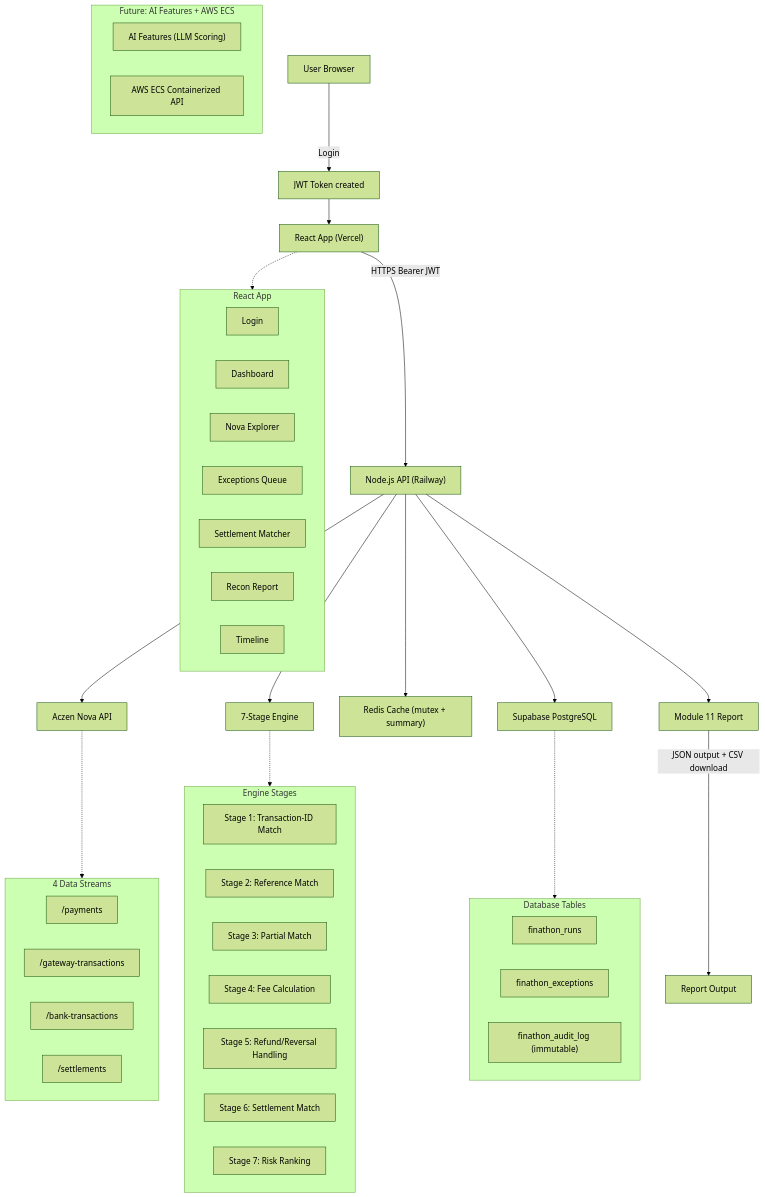
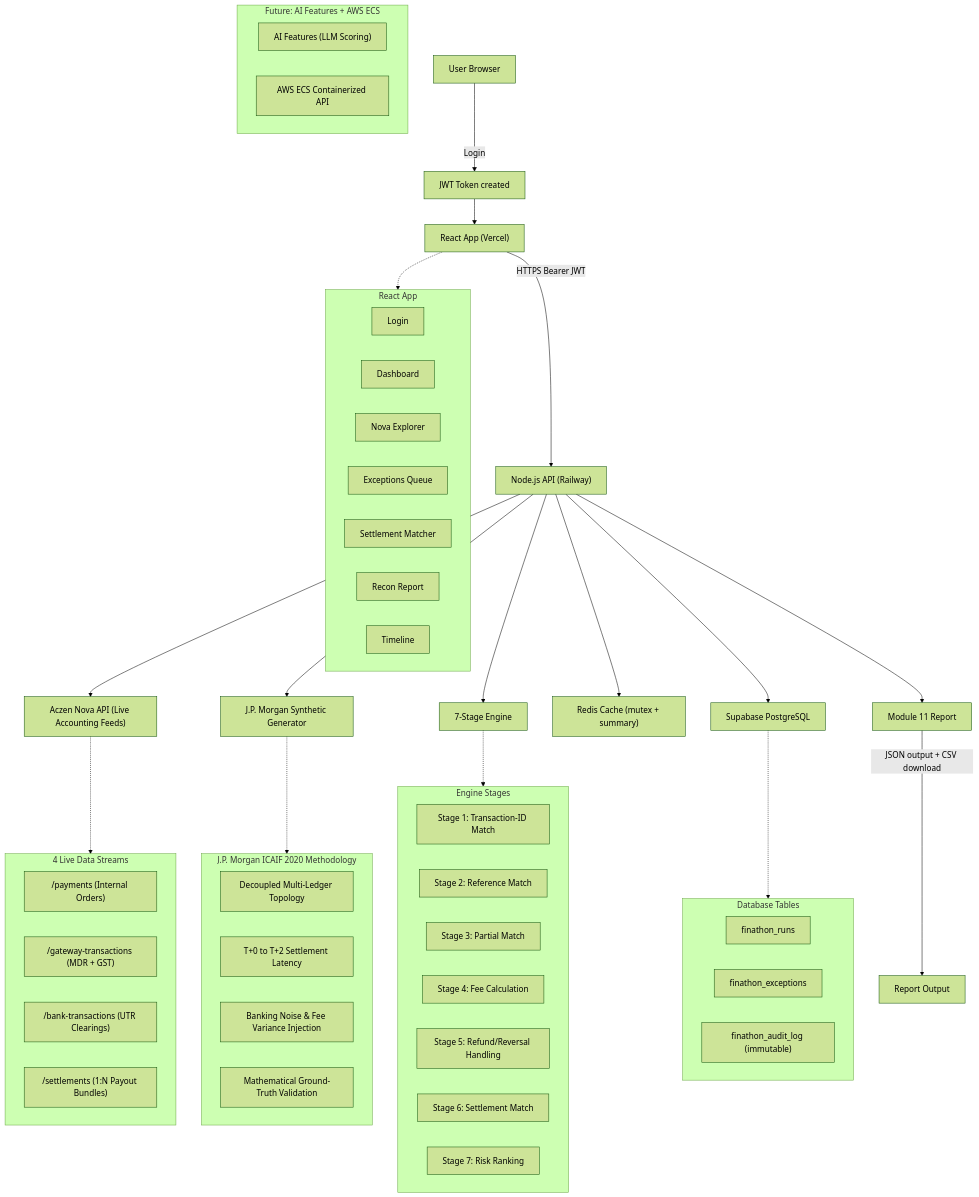
One commit to Sathvik1533/Finathon-hackathon changed the diagram in docs/ARCHITECTURE_MERMAID.md. Above: the diagram before and after it, drawn with Mermaid (forest theme). The commit also changed 3 other files, not shown here.

Commit message:
docs: integrate JP Morgan ICAIF 2020 research paper insights across all docs & detail step-by-step user journey with action vs feature concept vs value difference

````diff
--- a/docs/ARCHITECTURE_MERMAID.md
+++ b/docs/ARCHITECTURE_MERMAID.md
@@ -5,57 +5,66 @@
 ```mermaid
 flowchart TD
     UserBrowser["User Browser"] --> |"Login"| JWT["JWT Token created"]
     JWT --> ReactApp["React App (Vercel)"]
     
     subgraph ReactApp_Pages["React App"]
         LoginPage["Login"]
         DashboardPage["Dashboard"]
         NovaExplorerPage["Nova Explorer"]
         ExceptionsPage["Exceptions Queue"]
         SettlementPage["Settlement Matcher"]
         ReportPage["Recon Report"]
         TimelinePage["Timeline"]
     end
     ReactApp -.-> ReactApp_Pages
     
     ReactApp --> |"HTTPS Bearer JWT"| NodeAPI["Node.js API (Railway)"]
     
-    NodeAPI --> AczenNovaAPI["Aczen Nova API"]
-    subgraph NovaStreams["4 Data Streams"]
-        PaymentsStream["/payments"]
-        GatewayStream["/gateway-transactions"]
-        BankStream["/bank-transactions"]
-        SettlementStream["/settlements"]
+    NodeAPI --> AczenNovaAPI["Aczen Nova API (Live Accounting Feeds)"]
+    subgraph NovaStreams["4 Live Data Streams"]
+        PaymentsStream["/payments (Internal Orders)"]
+        GatewayStream["/gateway-transactions (MDR + GST)"]
+        BankStream["/bank-transactions (UTR Clearings)"]
+        SettlementStream["/settlements (1:N Payout Bundles)"]
     end
     AczenNovaAPI -.-> NovaStreams
+
+    NodeAPI --> JPSynthetic["J.P. Morgan Synthetic Generator"]
+    subgraph JPMapping["J.P. Morgan ICAIF 2020 Methodology"]
+        JPLedger["Decoupled Multi-Ledger Topology"]
+        JPLag["T+0 to T+2 Settlement Latency"]
+        JPNoise["Banking Noise & Fee Variance Injection"]
+        JPGroundTruth["Mathematical Ground-Truth Validation"]
+    end
+    JPSynthetic -.-> JPMapping
     
     NodeAPI --> StageEngine["7-Stage Engine"]
     subgraph EngineStages["Engine Stages"]
         Stage1["Stage 1: Transaction-ID Match"]
         Stage2["Stage 2: Reference Match"]
         Stage3["Stage 3: Partial Match"]
         Stage4["Stage 4: Fee Calculation"]
         Stage5["Stage 5: Refund/Reversal Handling"]
         Stage6["Stage 6: Settlement Match"]
         Stage7["Stage 7: Risk Ranking"]
     end
     StageEngine -.-> EngineStages
     
     NodeAPI --> RedisCache["Redis Cache (mutex + summary)"]
     
     NodeAPI --> SupabaseDB["Supabase PostgreSQL"]
     subgraph DBTables["Database Tables"]
         TableRuns["finathon_runs"]
         TableExceptions["finathon_exceptions"]
         TableAudit["finathon_audit_log (immutable)"]
     end
     SupabaseDB -.-> DBTables
     
     NodeAPI --> Module11Report["Module 11 Report"]
     Module11Report --> |"JSON output + CSV download"| ReportOutput["Report Output"]
     
     subgraph FuturePhase["Future: AI Features + AWS ECS"]
         AIFeatures["AI Features (LLM Scoring)"]
         AWSDeploy["AWS ECS Containerized API"]
     end
 ```
````
